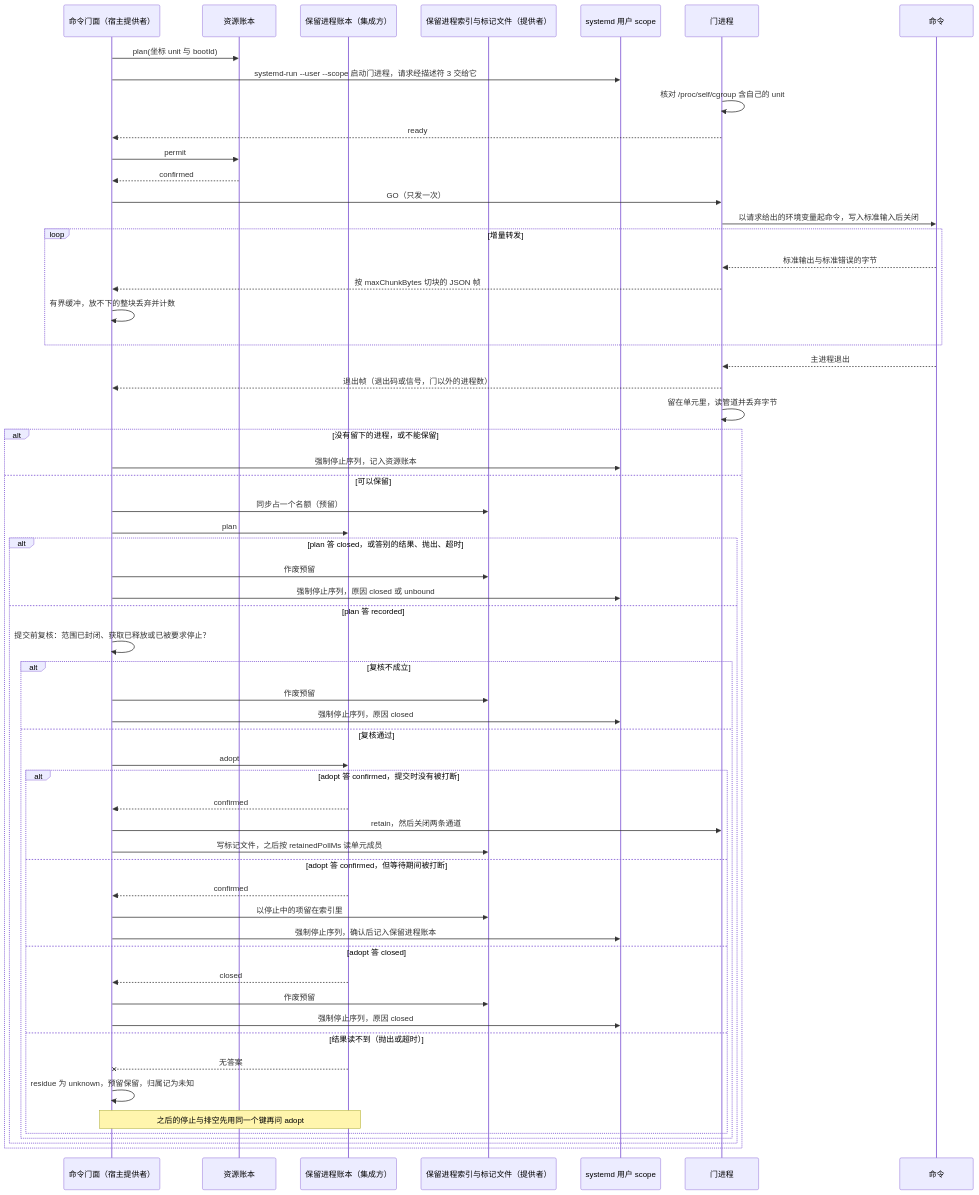
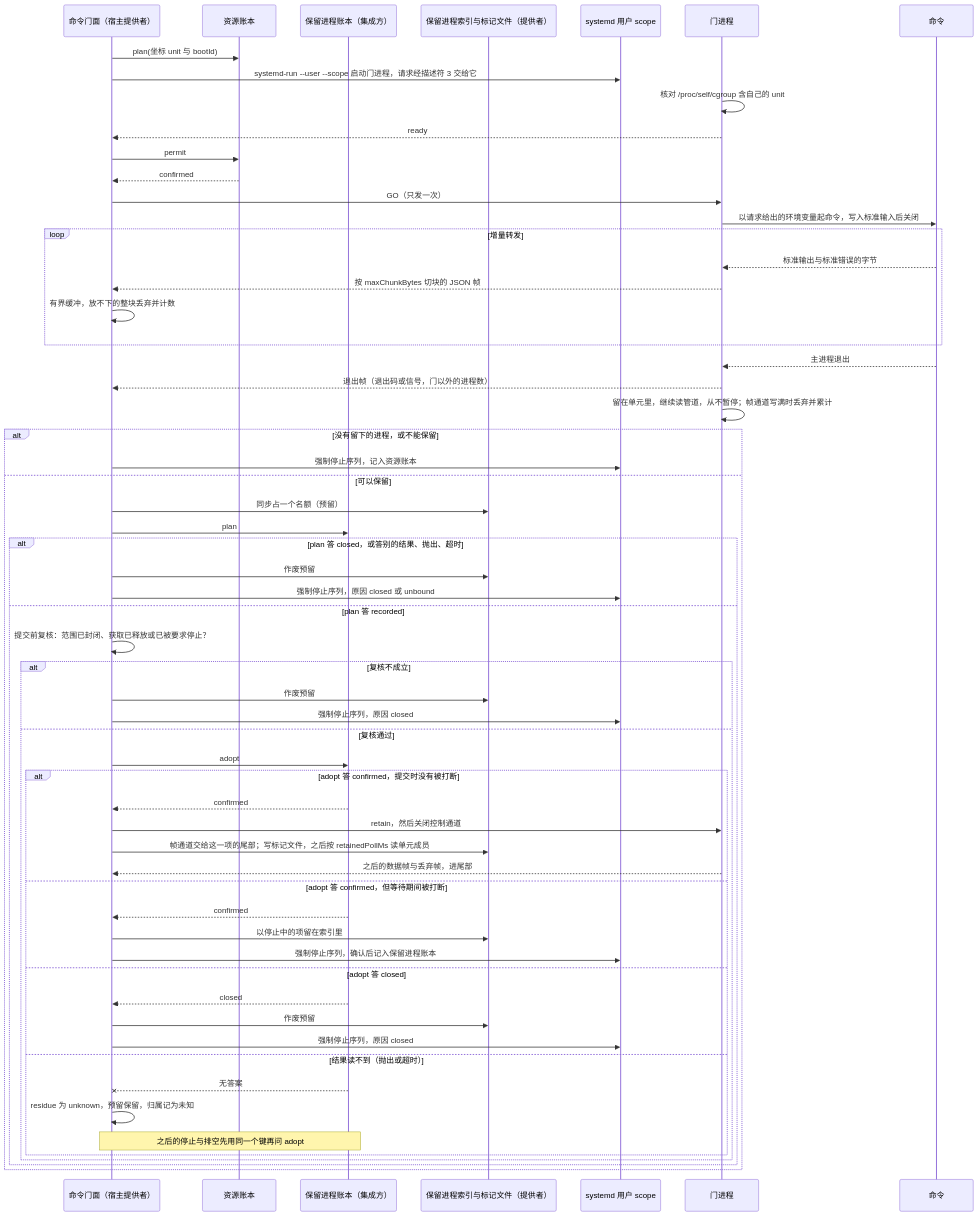
The fourth of 5 diagrams in packages/execution/execution-environment-host-local/docs/flows.md (nemori-ai/omne-harness-lite), drawn with Mermaid before and after one commit. The commit also changed 15 other files, not shown here.

````diff
--- a/packages/execution/execution-environment-host-local/docs/flows.md
+++ b/packages/execution/execution-environment-host-local/docs/flows.md
@@ -122,61 +122,62 @@
 ```mermaid
 sequenceDiagram
   participant M as 命令门面（宿主提供者）
   participant R as 资源账本
   participant L as 保留进程账本（集成方）
   participant I as 保留进程索引与标记文件（提供者）
   participant S as systemd 用户 scope
   participant G as 门进程
   participant T as 命令
   M->>R: plan(坐标 unit 与 bootId)
   M->>S: systemd-run --user --scope 启动门进程，请求经描述符 3 交给它
   G->>G: 核对 /proc/self/cgroup 含自己的 unit
   G-->>M: ready
   M->>R: permit
   R-->>M: confirmed
   M->>G: GO（只发一次）
   G->>T: 以请求给出的环境变量起命令，写入标准输入后关闭
   loop 增量转发
     T-->>G: 标准输出与标准错误的字节
     G-->>M: 按 maxChunkBytes 切块的 JSON 帧
     M->>M: 有界缓冲，放不下的整块丢弃并计数
   end
   T-->>G: 主进程退出
   G-->>M: 退出帧（退出码或信号，门以外的进程数）
-  G->>G: 留在单元里，读管道并丢弃字节
+  G->>G: 留在单元里，继续读管道，从不暂停；帧通道写满时丢弃并累计
   alt 没有留下的进程，或不能保留
     M->>S: 强制停止序列，记入资源账本
   else 可以保留
     M->>I: 同步占一个名额（预留）
     M->>L: plan
     alt plan 答 closed，或答别的结果、抛出、超时
       M->>I: 作废预留
       M->>S: 强制停止序列，原因 closed 或 unbound
     else plan 答 recorded
       M->>M: 提交前复核：范围已封闭、获取已释放或已被要求停止？
       alt 复核不成立
         M->>I: 作废预留
         M->>S: 强制停止序列，原因 closed
       else 复核通过
         M->>L: adopt
         alt adopt 答 confirmed，提交时没有被打断
           L-->>M: confirmed
-          M->>G: retain，然后关闭两条通道
-          M->>I: 写标记文件，之后按 retainedPollMs 读单元成员
+          M->>G: retain，然后关闭控制通道
+          M->>I: 帧通道交给这一项的尾部；写标记文件，之后按 retainedPollMs 读单元成员
+          G-->>M: 之后的数据帧与丢弃帧，进尾部
         else adopt 答 confirmed，但等待期间被打断
           L-->>M: confirmed
           M->>I: 以停止中的项留在索引里
           M->>S: 强制停止序列，确认后记入保留进程账本
         else adopt 答 closed
           L-->>M: closed
           M->>I: 作废预留
           M->>S: 强制停止序列，原因 closed
         else 结果读不到（抛出或超时）
           L--xM: 无答案
           M->>M: residue 为 unknown，预留保留，归属记为未知
           Note over M,L: 之后的停止与排空先用同一个键再问 adopt
         end
       end
     end
   end
 ```
````
